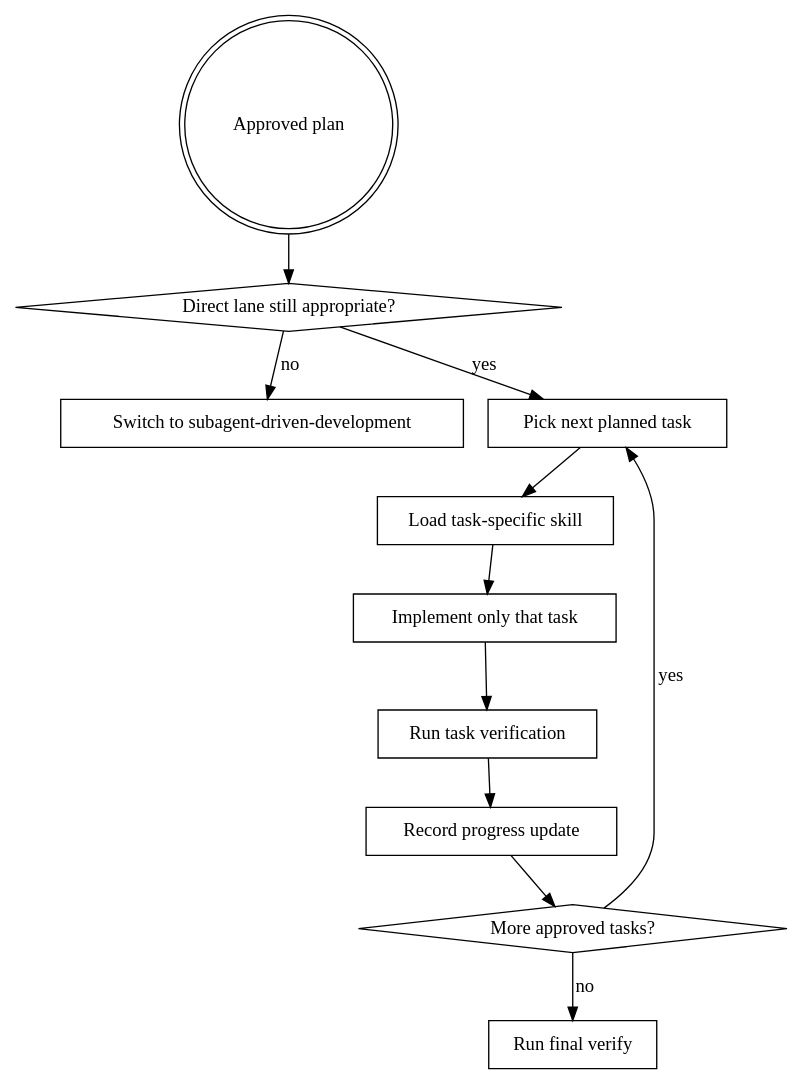
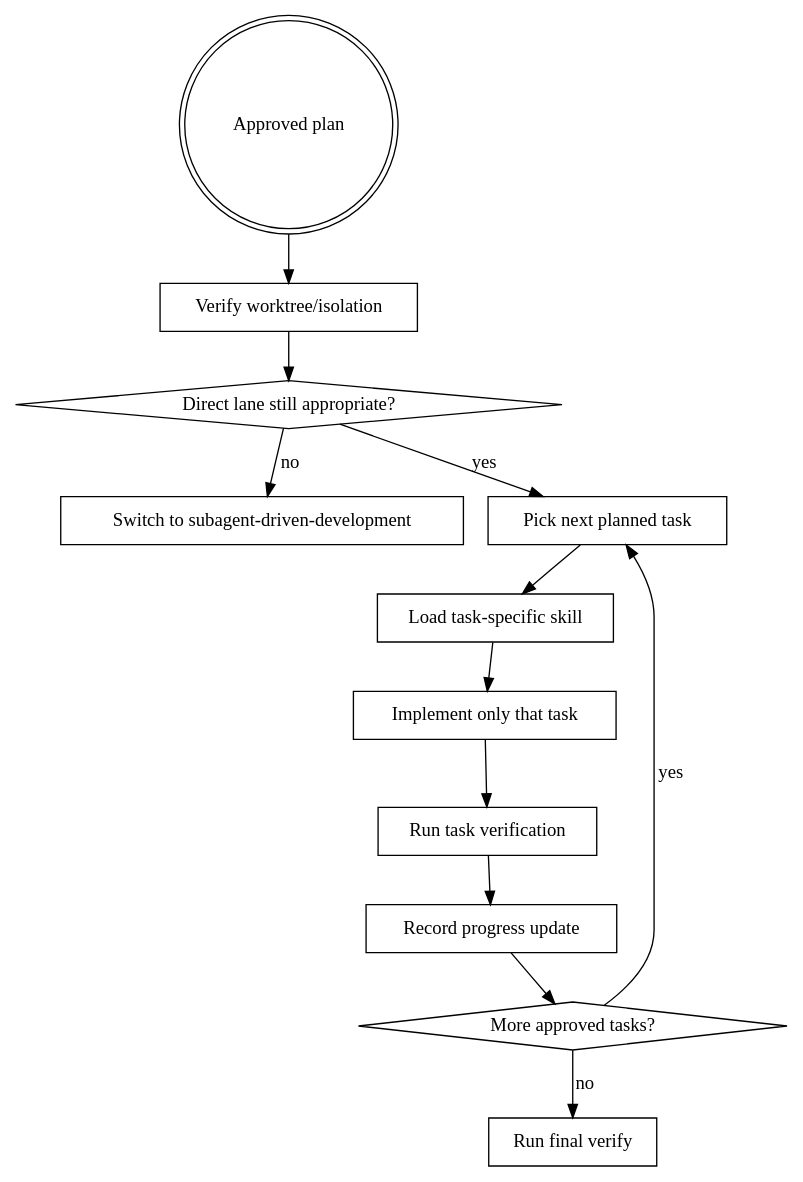
The diagram in skills/executing-plans/SKILL.md (nhd2106/imitation-machine), drawn with Graphviz before and after one commit. The commit also changed other lines of this file and 55 other files, not shown here.

````diff
--- a/skills/executing-plans/SKILL.md
+++ b/skills/executing-plans/SKILL.md
@@ -21,25 +21,27 @@
 ```dot
 digraph executing_plans_flow {
   "Approved plan" [shape=doublecircle];
+  "Verify worktree/isolation" [shape=box];
   "Direct lane still appropriate?" [shape=diamond];
   "Switch to subagent-driven-development" [shape=box];
   "Pick next planned task" [shape=box];
   "Load task-specific skill" [shape=box];
   "Implement only that task" [shape=box];
   "Run task verification" [shape=box];
   "Record progress update" [shape=box];
   "More approved tasks?" [shape=diamond];
   "Run final verify" [shape=box];
 
-  "Approved plan" -> "Direct lane still appropriate?";
+  "Approved plan" -> "Verify worktree/isolation";
+  "Verify worktree/isolation" -> "Direct lane still appropriate?";
   "Direct lane still appropriate?" -> "Switch to subagent-driven-development" [label="no"];
   "Direct lane still appropriate?" -> "Pick next planned task" [label="yes"];
   "Pick next planned task" -> "Load task-specific skill";
   "Load task-specific skill" -> "Implement only that task";
   "Implement only that task" -> "Run task verification";
   "Run task verification" -> "Record progress update";
   "Record progress update" -> "More approved tasks?";
   "More approved tasks?" -> "Pick next planned task" [label="yes"];
   "More approved tasks?" -> "Run final verify" [label="no"];
 }
 ```
````
